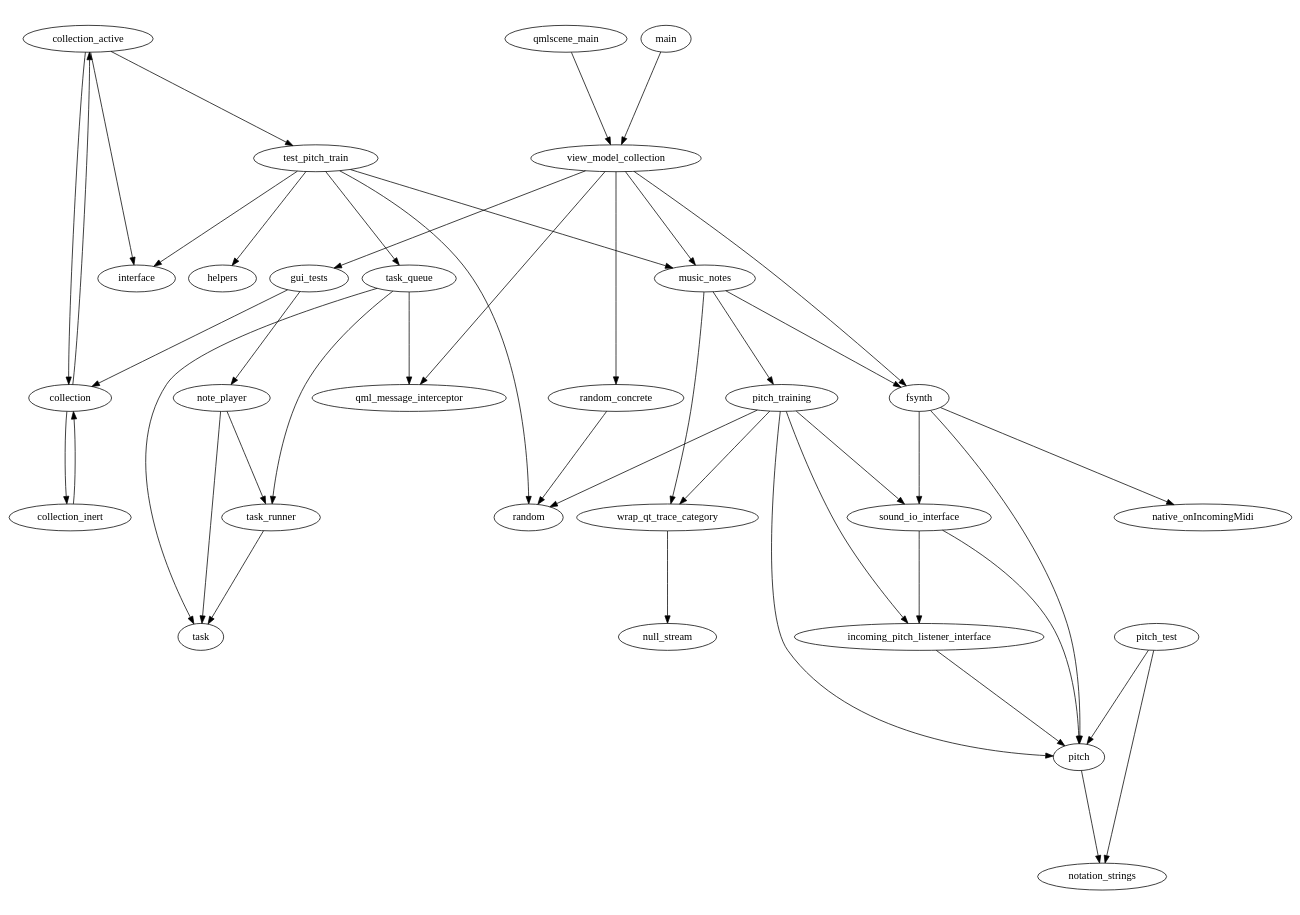
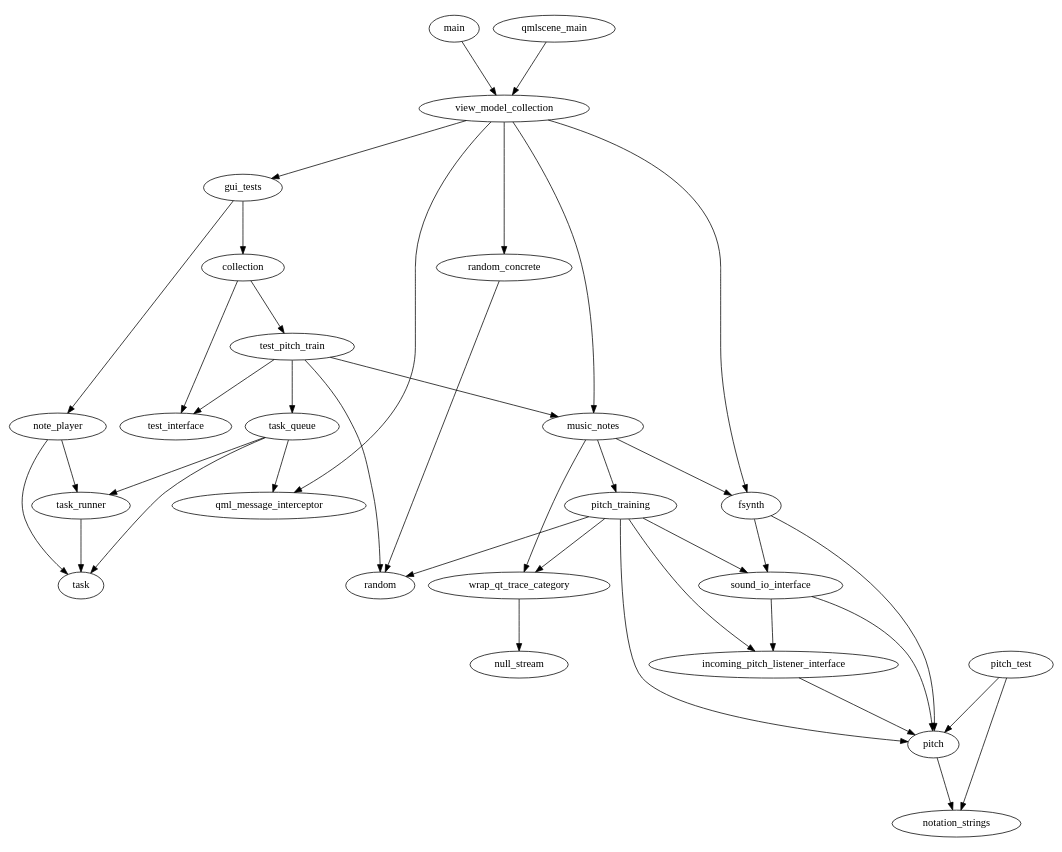
One commit to pestophagous/heory changed the diagram in sw_arch_doc/all_src.dot. Above: the diagram before and after it, drawn with Graphviz. The commit also changed 7 other files, not shown here.

Commit message:
sw_arch_doc/all_src.svg: prune and care-take the dependency graph

```diff
--- a/sw_arch_doc/all_src.dot
+++ b/sw_arch_doc/all_src.dot
@@ -1,52 +1,46 @@
 digraph "source tree" {
     overlap=scale;
-    ratio=0.7;
+    ratio=0.8;
     fontsize="16";
     fontname="Helvetica";
     clusterrank="local";
-	"collection_active" -> "collection"
-	"collection_active" -> "interface"
-	"collection_active" -> "test_pitch_train"
-	"collection" -> "collection_active"
-	"collection" -> "collection_inert"
-	"collection_inert" -> "collection"
-	"fsynth" -> "native_onIncomingMidi"
+	"collection" -> "test_interface"
+	"collection" -> "test_pitch_train"
 	"fsynth" -> "pitch"
 	"fsynth" -> "sound_io_interface"
 	"gui_tests" -> "collection"
 	"gui_tests" -> "note_player"
 	"incoming_pitch_listener_interface" -> "pitch"
 	"main" -> "view_model_collection"
 	"music_notes" -> "fsynth"
 	"music_notes" -> "pitch_training"
 	"music_notes" -> "wrap_qt_trace_category"
 	"note_player" -> "task"
 	"note_player" -> "task_runner"
 	"pitch" -> "notation_strings"
 	"pitch_test" -> "notation_strings"
 	"pitch_test" -> "pitch"
 	"pitch_training" -> "incoming_pitch_listener_interface"
 	"pitch_training" -> "pitch"
 	"pitch_training" -> "random"
 	"pitch_training" -> "sound_io_interface"
 	"pitch_training" -> "wrap_qt_trace_category"
 	"qmlscene_main" -> "view_model_collection"
 	"random_concrete" -> "random"
 	"sound_io_interface" -> "incoming_pitch_listener_interface"
 	"sound_io_interface" -> "pitch"
 	"task_queue" -> "qml_message_interceptor"
 	"task_queue" -> "task"
 	"task_queue" -> "task_runner"
 	"task_runner" -> "task"
-	"test_pitch_train" -> "helpers"
-	"test_pitch_train" -> "interface"
 	"test_pitch_train" -> "music_notes"
 	"test_pitch_train" -> "random"
 	"test_pitch_train" -> "task_queue"
+	"test_pitch_train" -> "test_interface"
 	"view_model_collection" -> "fsynth"
 	"view_model_collection" -> "gui_tests"
 	"view_model_collection" -> "music_notes"
 	"view_model_collection" -> "qml_message_interceptor"
 	"view_model_collection" -> "random_concrete"
 	"wrap_qt_trace_category" -> "null_stream"
 }
```
